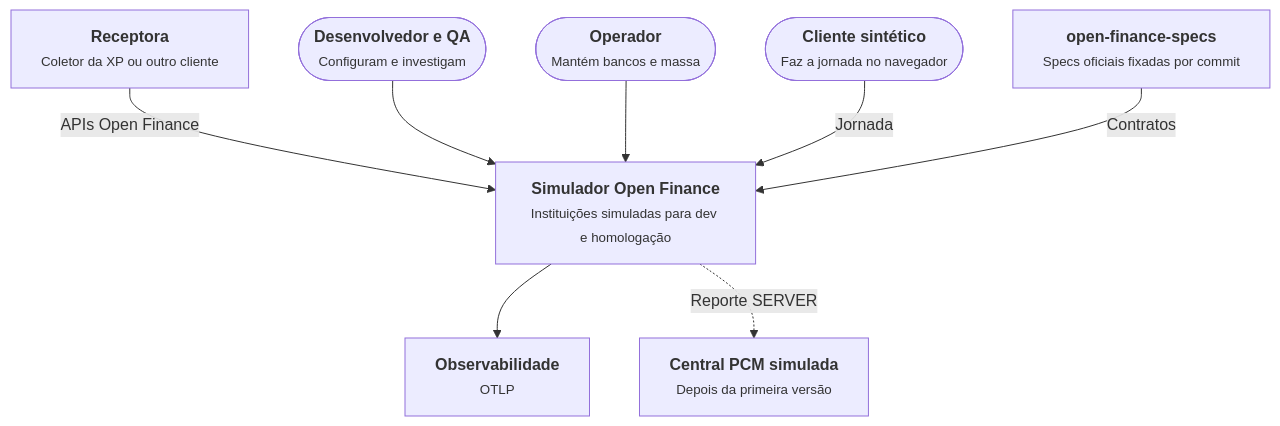
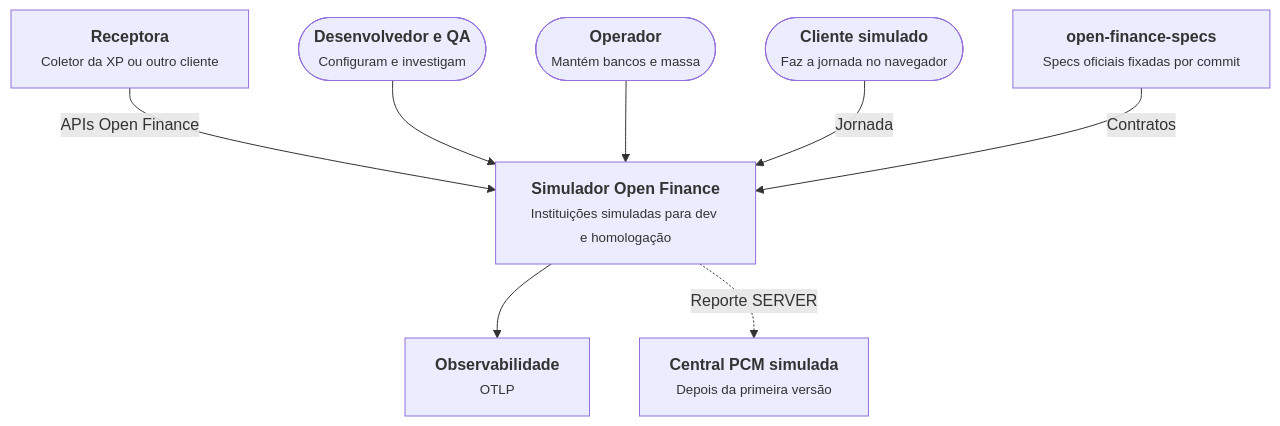
One commit to marcelosotto/open-finance-simulator changed the diagram in docs/02-arquitetura/c4/C1-contexto.md. Above: the diagram before and after it, drawn with Mermaid. The commit also changed 17 other files, not shown here.

````diff
--- a/docs/02-arquitetura/c4/C1-contexto.md
+++ b/docs/02-arquitetura/c4/C1-contexto.md
@@ -7,21 +7,21 @@
 ```mermaid
 flowchart TB
   dev(["<b>Desenvolvedor e QA</b><br/><small>Configuram e investigam</small>"])
   op(["<b>Operador</b><br/><small>Mantém bancos e massa</small>"])
-  cli(["<b>Cliente sintético</b><br/><small>Faz a jornada no navegador</small>"])
+  cli(["<b>Cliente simulado</b><br/><small>Faz a jornada no navegador</small>"])
 
   sim["<b>Simulador Open Finance</b><br/><small>Instituições simuladas para dev e homologação</small>"]
 
   rec["<b>Receptora</b><br/><small>Coletor da XP ou outro cliente</small>"]
   specs["<b>open-finance-specs</b><br/><small>Specs oficiais fixadas por commit</small>"]
   obs["<b>Observabilidade</b><br/><small>OTLP</small>"]
   pcm["<b>Central PCM simulada</b><br/><small>Depois da primeira versão</small>"]
 
   rec -->|"APIs Open Finance"| sim
   dev --> sim
   op --> sim
   cli -->|"Jornada"| sim
   specs -->|"Contratos"| sim
   sim --> obs
   sim -.->|"Reporte SERVER"| pcm
 ```
````
